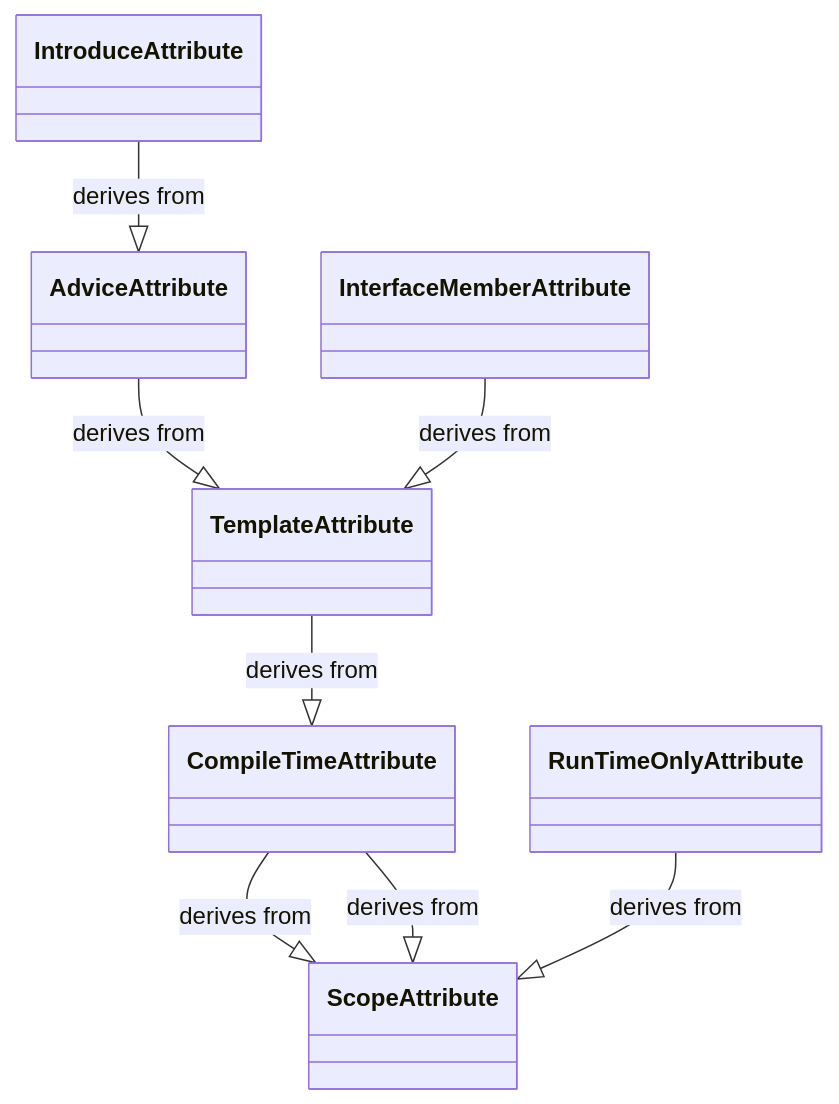
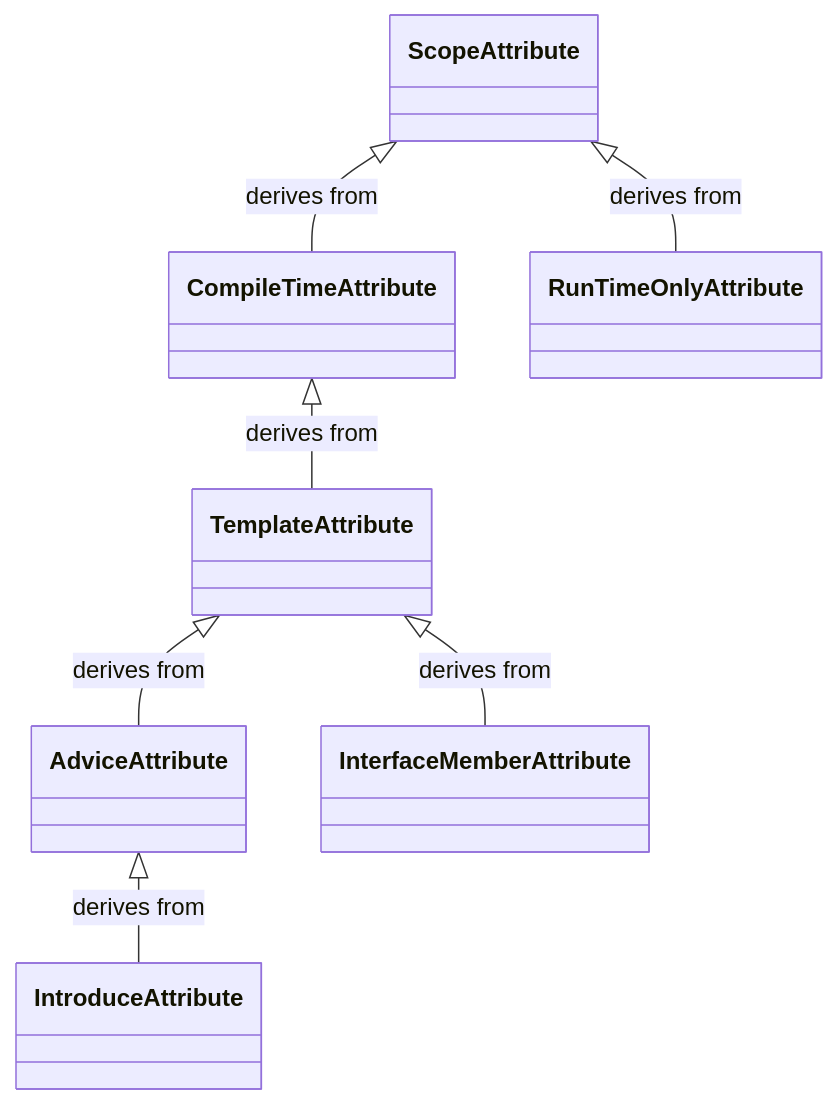
Before and after one commit to postsharp/Metalama.Documentation: the second of 4 diagrams in docfx/namespaces/Metalama.Framework.Aspects.md, drawn with Mermaid. The commit also changed other lines of this file and 9 other files, not shown here.

Commit message:
Improved class diagrams

````diff
--- a/docfx/namespaces/Metalama.Framework.Aspects.md
+++ b/docfx/namespaces/Metalama.Framework.Aspects.md
@@ -68,15 +68,14 @@
 ```mermaid
 classDiagram
 
-CompileTimeAttribute --|> ScopeAttribute : derives from
-CompileTimeAttribute --|> ScopeAttribute  : derives from
-RunTimeOnlyAttribute --|> ScopeAttribute  : derives from
-TemplateAttribute --|> CompileTimeAttribute  : derives from
-AdviceAttribute --|> TemplateAttribute  : derives from
-IntroduceAttribute --|> AdviceAttribute  : derives from
-InterfaceMemberAttribute --|> TemplateAttribute  : derives from
+ScopeAttribute <|-- CompileTimeAttribute  : derives from
+ScopeAttribute <|-- RunTimeOnlyAttribute  : derives from
+CompileTimeAttribute <|-- TemplateAttribute  : derives from
+TemplateAttribute <|-- AdviceAttribute  : derives from
+AdviceAttribute <|-- IntroduceAttribute  : derives from
+TemplateAttribute <|-- InterfaceMemberAttribute  : derives from
 
 class CompileTimeAttribute
 class RunTimeOnlyAttribute
 
 ```
````
